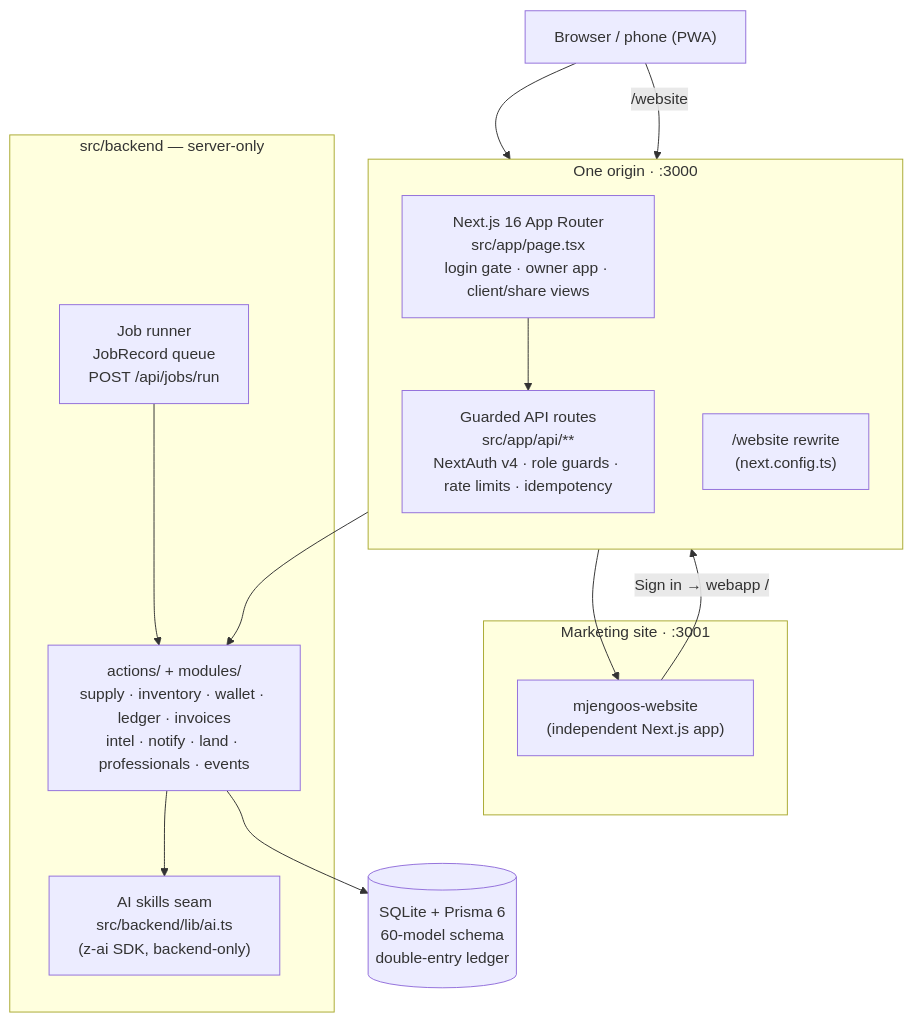
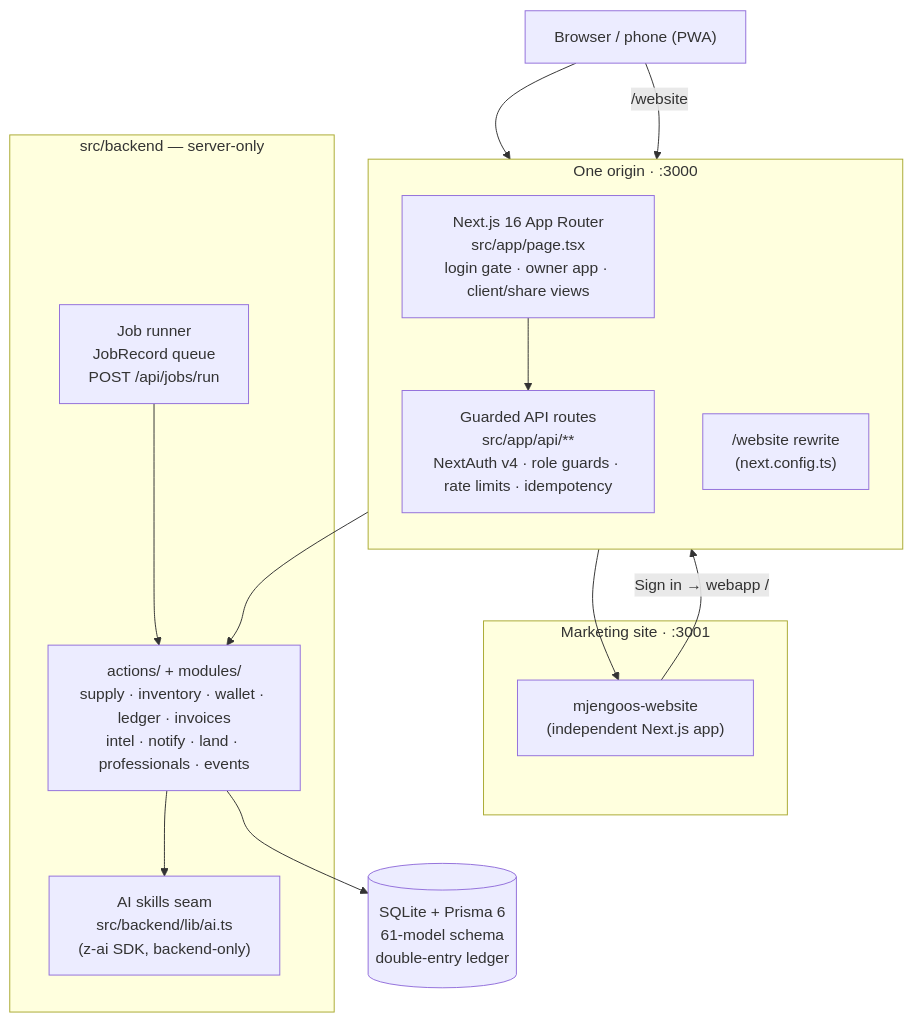
Before and after one commit to Roy-Wanyoike/Mjengo-OS: the diagram in README.md, drawn with Mermaid. The commit also changed other lines of this file and 5 other files, not shown here.

````diff
--- a/README.md
+++ b/README.md
@@ -137,33 +148,33 @@
 ```mermaid
 flowchart TB
     U["Browser / phone (PWA)"]
 
     subgraph ONE["One origin · :3000"]
         direction TB
         NEXT["Next.js 16 App Router<br/>src/app/page.tsx<br/>login gate · owner app · client/share views"]
         REWRITE["/website rewrite<br/>(next.config.ts)"]
         API["Guarded API routes<br/>src/app/api/**<br/>NextAuth v4 · role guards · rate limits · idempotency"]
     end
 
     subgraph SITE["Marketing site · :3001"]
         WEB["mjengoos-website<br/>(independent Next.js app)"]
     end
 
     subgraph BACK["src/backend — server-only"]
         BIZ["actions/ + modules/<br/>supply · inventory · wallet · ledger · invoices<br/>intel · notify · land · professionals · events"]
         JOBS["Job runner<br/>JobRecord queue<br/>POST /api/jobs/run"]
         AIS["AI skills seam<br/>src/backend/lib/ai.ts<br/>(z-ai SDK, backend-only)"]
     end
 
-    DB[("SQLite + Prisma 6<br/>60-model schema<br/>double-entry ledger")]
+    DB[("SQLite + Prisma 6<br/>61-model schema<br/>double-entry ledger")]
 
     U --> NEXT
     U -->|"/website"| REWRITE
     REWRITE --> WEB
     WEB -->|"Sign in → webapp /"| NEXT
     NEXT --> API
     API --> BIZ
     JOBS --> BIZ
     BIZ --> AIS
     BIZ --> DB
 ```
````
